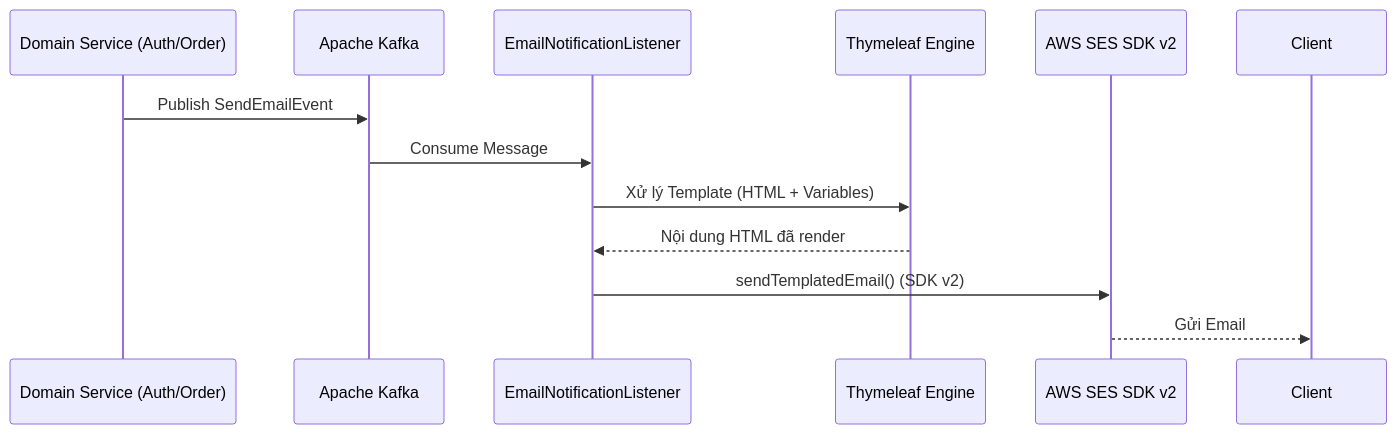
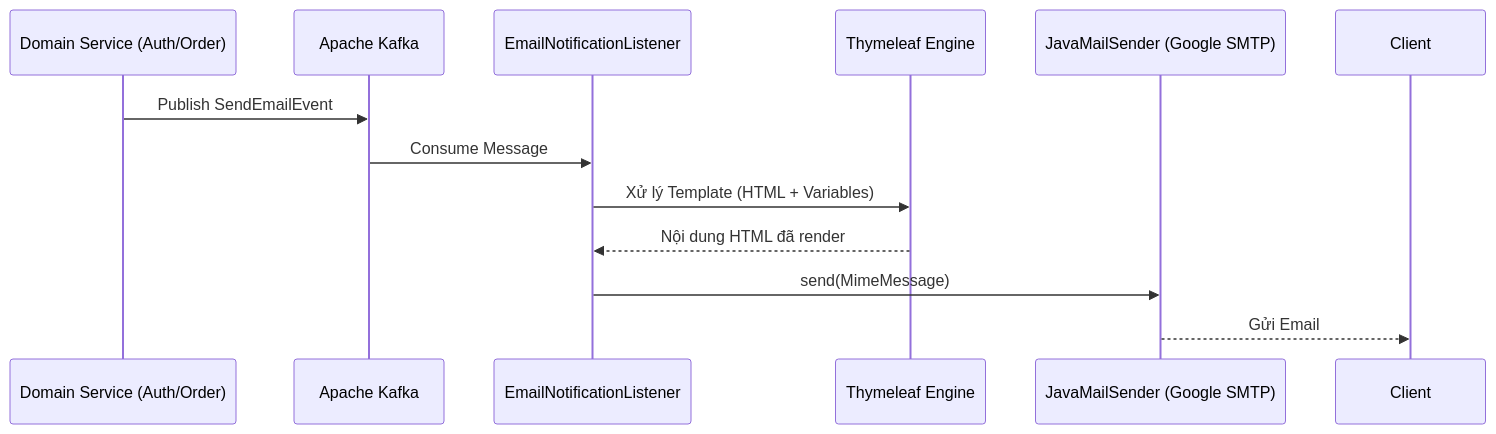
Before and after one commit to NguyenMinh1301/Per: the diagram in document/module/mail/README_vi.mail.md, drawn with Mermaid. The commit also changed other lines of this file and 2 other files, not shown here.

First line of the commit message:
docs(mail): update documentation for SMTP migration

````diff
--- a/document/module/mail/README_vi.mail.md
+++ b/document/module/mail/README_vi.mail.md
@@ -15,15 +15,15 @@
 ```mermaid
 sequenceDiagram
     participant Domain as Domain Service (Auth/Order)
     participant Kafka as Apache Kafka
     participant Listener as EmailNotificationListener
     participant Thymeleaf as Thymeleaf Engine
-    participant AWS_SES as AWS SES SDK v2
+    participant SMTP as JavaMailSender (Google SMTP)
     
     Domain->>Kafka: Publish SendEmailEvent
     Kafka->>Listener: Consume Message
     Listener->>Thymeleaf: Xử lý Template (HTML + Variables)
     Thymeleaf-->>Listener: Nội dung HTML đã render
-    Listener->>AWS_SES: sendTemplatedEmail() (SDK v2)
-    AWS_SES-->>Client: Gửi Email
+    Listener->>SMTP: send(MimeMessage)
+    SMTP-->>Client: Gửi Email
 ```
````
